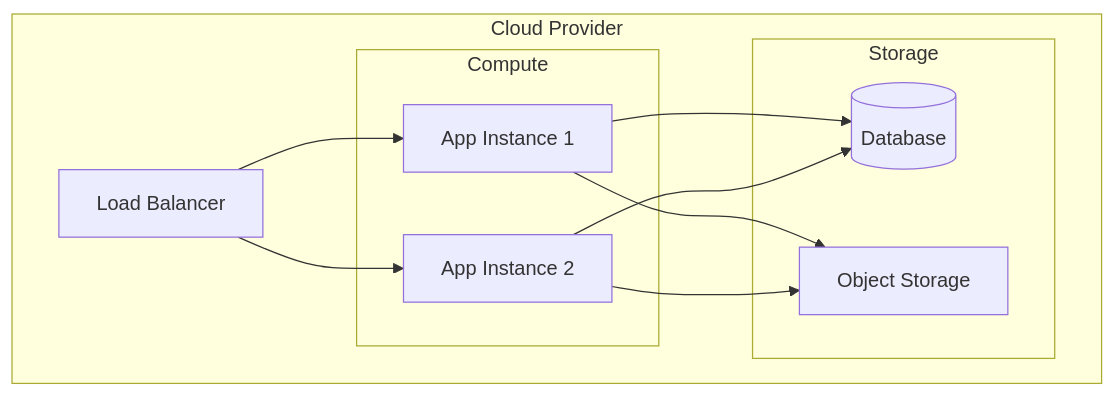
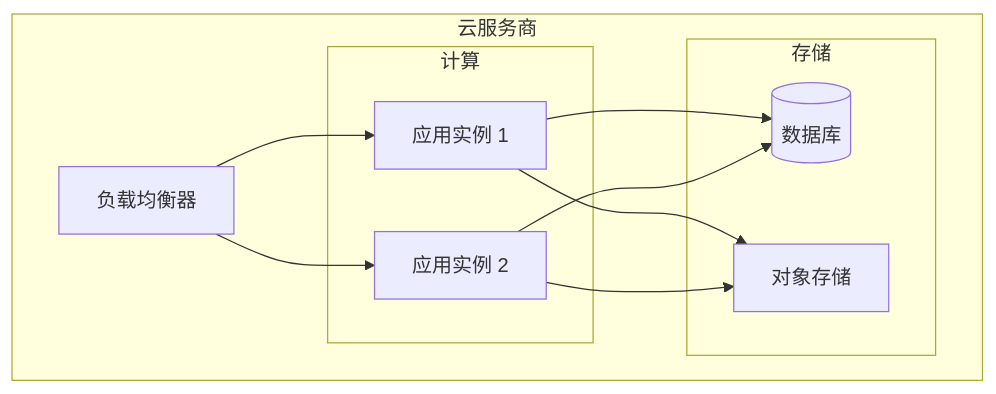
Before and after one commit to kingoliang/polyglot-engineering-claude-plugin: the fifth of 5 diagrams in templates/architecture/architecture-template.md, drawn with Mermaid. The commit also changed other lines of this file and 31 other files, not shown here.

````diff
--- a/templates/architecture/architecture-template.md
+++ b/templates/architecture/architecture-template.md
@@ -252,21 +252,21 @@
 ```mermaid
 graph TB
-    subgraph Cloud Provider
-        LB[Load Balancer]
-        subgraph Compute
-            App1[App Instance 1]
-            App2[App Instance 2]
+    subgraph 云服务商
+        LB[负载均衡器]
+        subgraph 计算
+            App1[应用实例 1]
+            App2[应用实例 2]
         end
-        subgraph Storage
-            DB[(Database)]
-            S3[Object Storage]
+        subgraph 存储
+            DB[(数据库)]
+            S3[对象存储]
         end
     end
 
     LB --> App1
     LB --> App2
     App1 --> DB
     App2 --> DB
     App1 --> S3
     App2 --> S3
 ```
````
